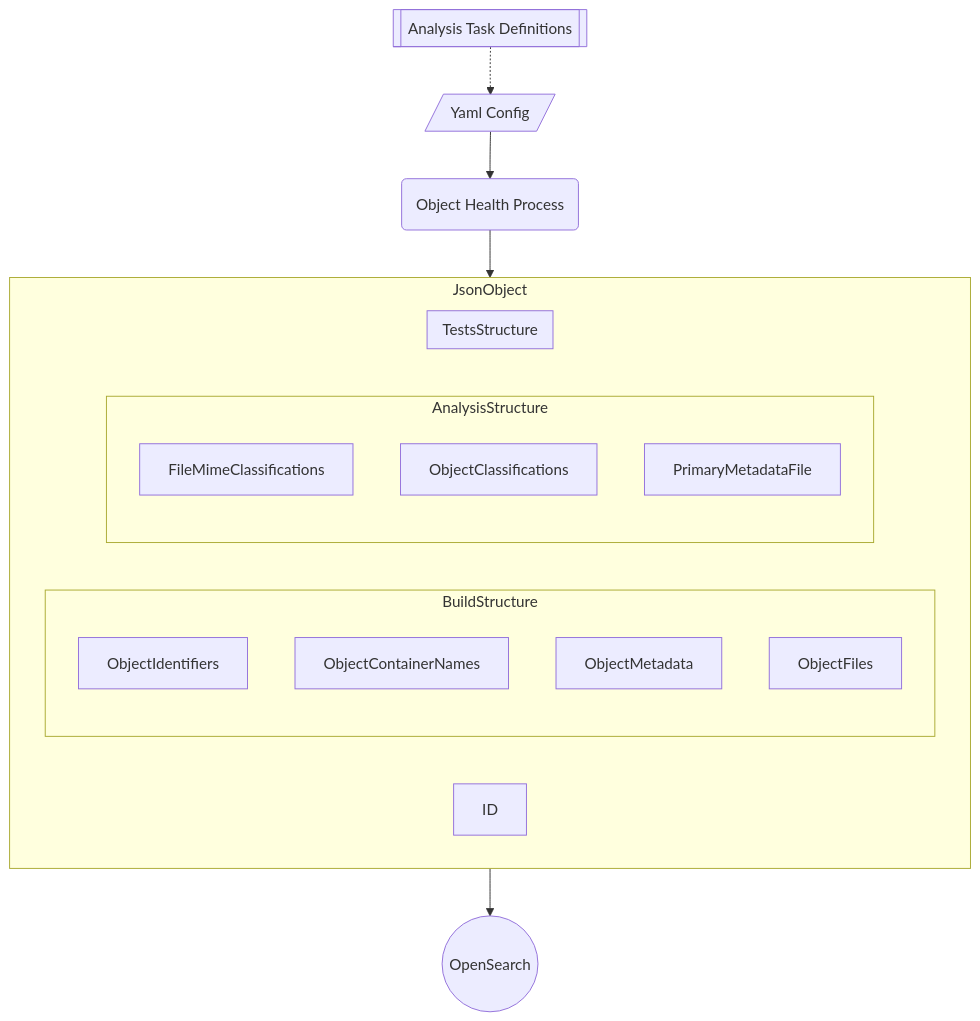
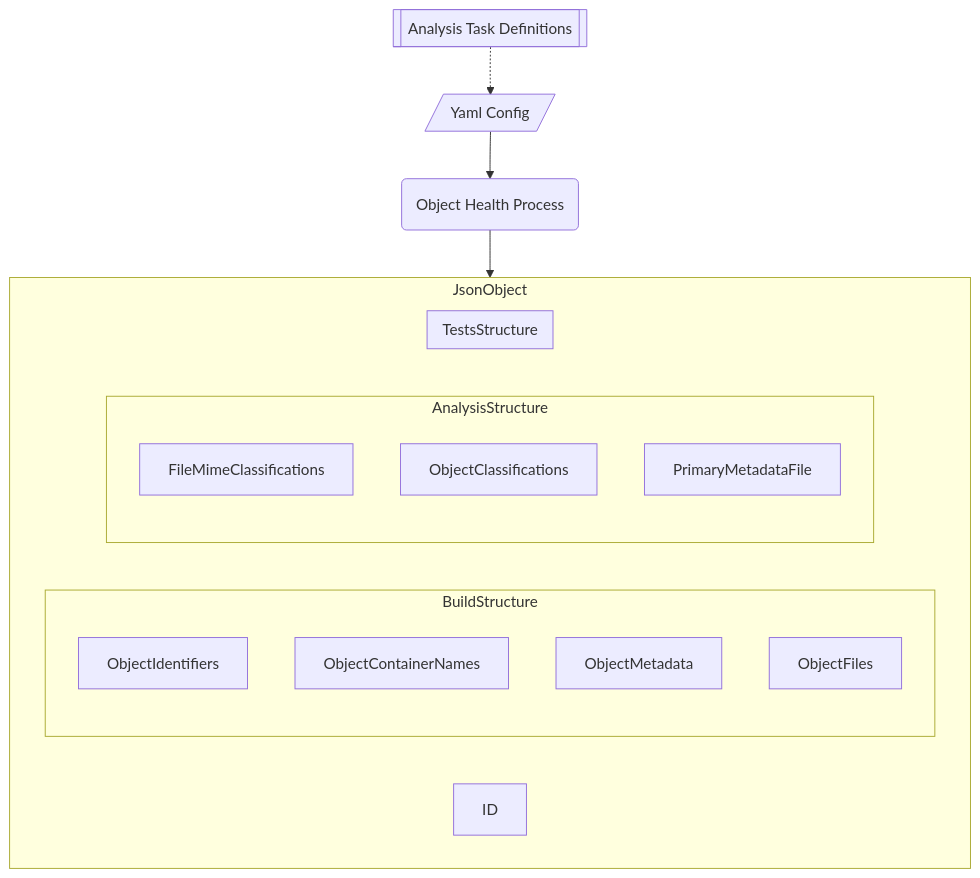
The third of 5 diagrams in coll-health-obj-analysis/data_model.md (CDLUC3/mrt-cron), drawn with Mermaid before and after one commit. The commit also changed other lines of this file, not shown here.

````diff
--- a/coll-health-obj-analysis/data_model.md
+++ b/coll-health-obj-analysis/data_model.md
@@ -484,27 +482,25 @@
 ```mermaid
   graph TD;
       OH(Object Health Process)
       Yaml[/Yaml Config/]
       Yaml --> OH
       Tasks[[Analysis Task Definitions]]
       Tasks -.-> Yaml
       OH --> JsonObject
       subgraph JsonObject
         ID
         subgraph BuildStructure
           ObjectIdentifiers
           ObjectContainerNames
           ObjectMetadata
           ObjectFiles
         end
         subgraph AnalysisStructure
           FileMimeClassifications
           ObjectClassifications
           PrimaryMetadataFile
         end
         subgraph TestsStructure
         end
       end
-      OpenSearch((OpenSearch))
-      JsonObject --> OpenSearch
 ```
````
